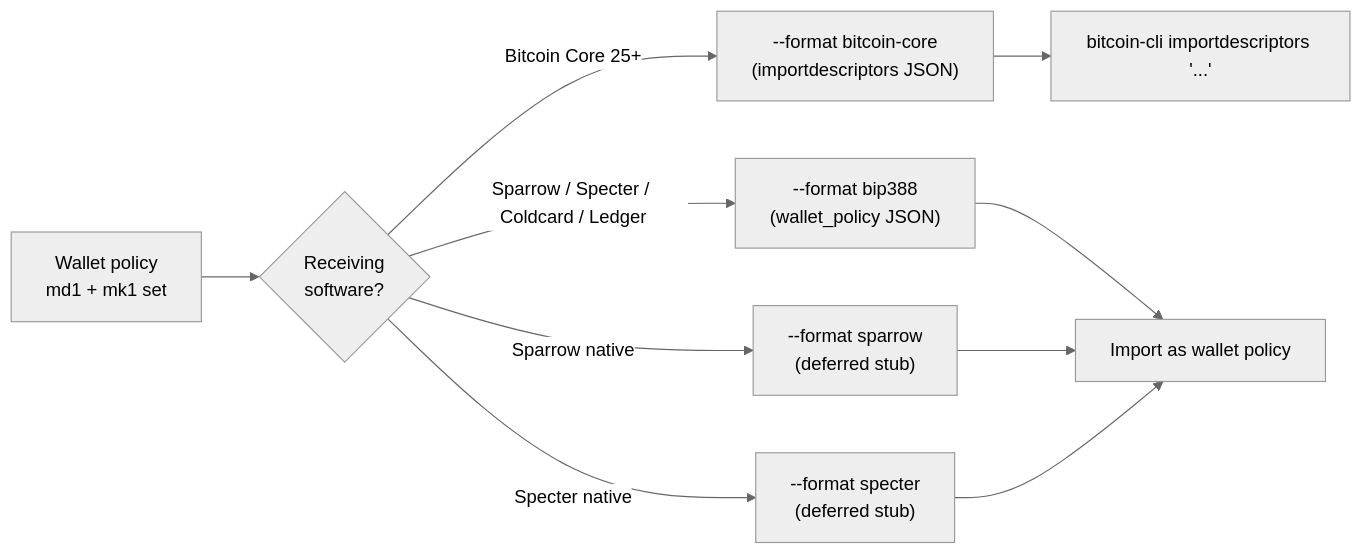
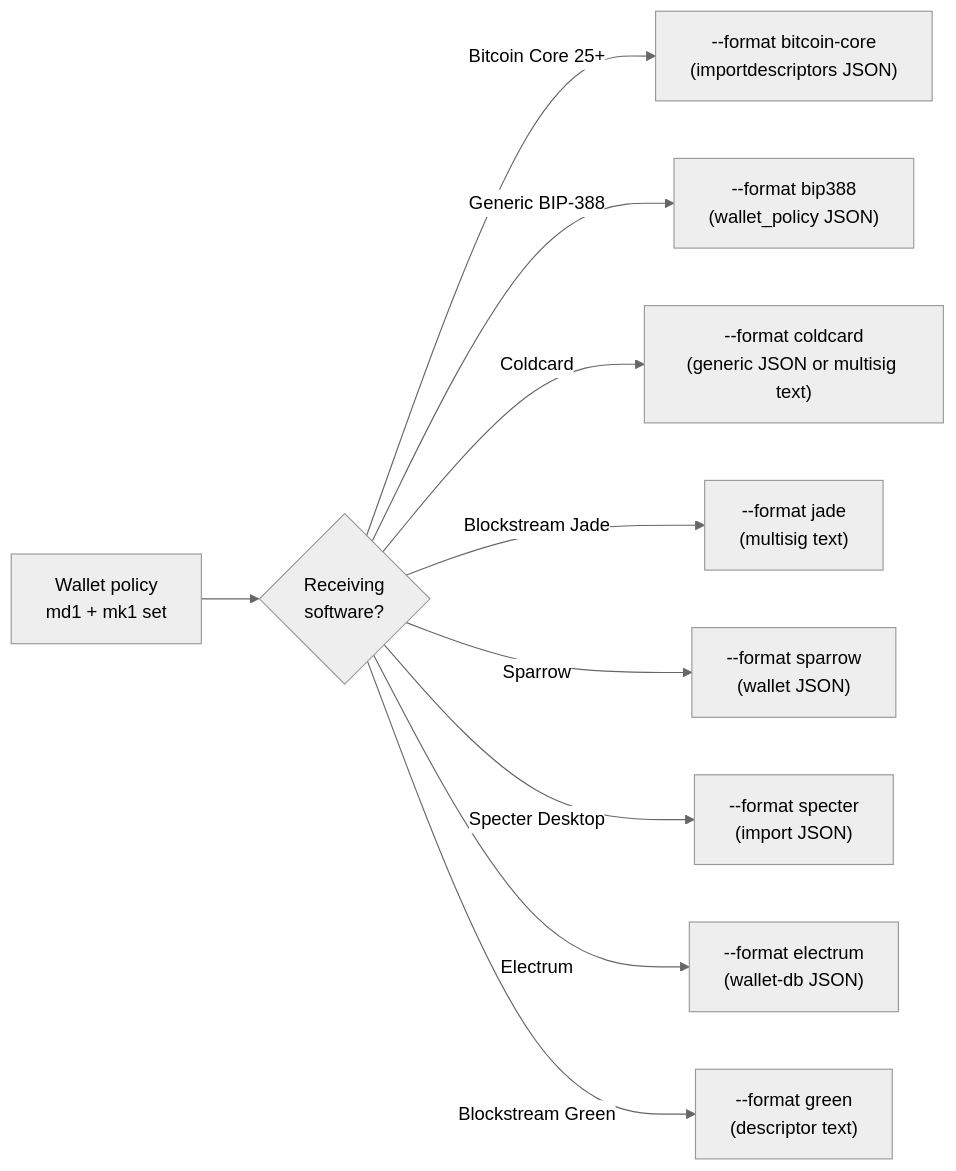
Before and after one commit to bg002h/mnemonic-toolkit: the diagram in docs/manual/src/30-workflows/37-wallet-export.md, drawn with Mermaid (neutral theme). The commit also changed other lines of this file and 5 other files, not shown here.

````diff
--- a/docs/manual/src/30-workflows/37-wallet-export.md
+++ b/docs/manual/src/30-workflows/37-wallet-export.md
@@ -11,12 +12,12 @@
 ```mermaid
 flowchart LR
   A[Wallet policy<br/>md1 + mk1 set] --> B{Receiving<br/>software?}
   B -- Bitcoin Core 25+ --> C["--format bitcoin-core<br/>(importdescriptors JSON)"]
-  B -- Sparrow / Specter / Coldcard / Ledger --> D["--format bip388<br/>(wallet_policy JSON)"]
-  B -- Sparrow native --> E["--format sparrow<br/>(deferred stub)"]
-  B -- Specter native --> F["--format specter<br/>(deferred stub)"]
-  C --> G[bitcoin-cli importdescriptors '...']
-  D --> H[Import as wallet policy]
-  E --> H
-  F --> H
+  B -- Generic BIP-388 --> D["--format bip388<br/>(wallet_policy JSON)"]
+  B -- Coldcard --> E["--format coldcard<br/>(generic JSON or multisig text)"]
+  B -- Blockstream Jade --> F["--format jade<br/>(multisig text)"]
+  B -- Sparrow --> G["--format sparrow<br/>(wallet JSON)"]
+  B -- Specter Desktop --> H["--format specter<br/>(import JSON)"]
+  B -- Electrum --> I["--format electrum<br/>(wallet-db JSON)"]
+  B -- Blockstream Green --> J["--format green<br/>(descriptor text)"]
 ```
````
